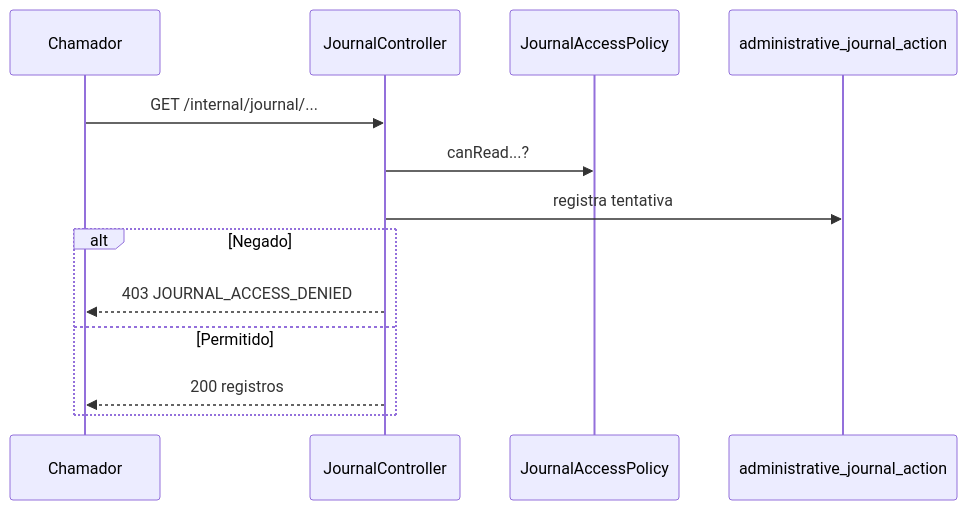
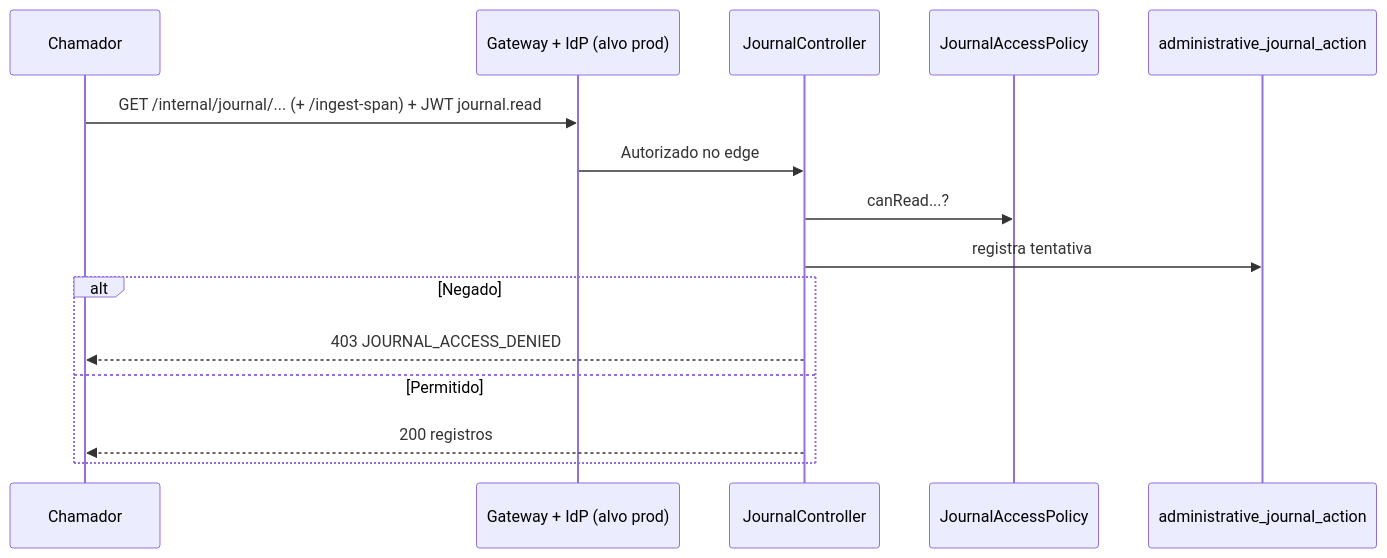
One commit to lordssa/banking-account-balance-service changed the sixth of 8 diagrams in docs/fluxos-principais.md. Above: the diagram before and after it, drawn with Mermaid. The commit also changed other lines of this file and 85 other files, not shown here.

````diff
--- a/docs/fluxos-principais.md
+++ b/docs/fluxos-principais.md
@@ -121,16 +141,18 @@
 ```mermaid
 sequenceDiagram
   participant Op as Chamador
+  participant GW as Gateway + IdP (alvo prod)
   participant JC as JournalController
   participant Pol as JournalAccessPolicy
   participant Aud as administrative_journal_action
 
-  Op->>JC: GET /internal/journal/...
+  Op->>GW: GET /internal/journal/... (+ /ingest-span) + JWT journal.read
+  GW->>JC: Autorizado no edge
   JC->>Pol: canRead...?
   JC->>Aud: registra tentativa
   alt Negado
     JC-->>Op: 403 JOURNAL_ACCESS_DENIED
   else Permitido
     JC-->>Op: 200 registros
   end
 ```
````
